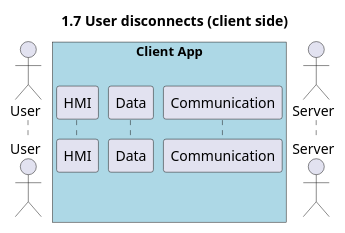
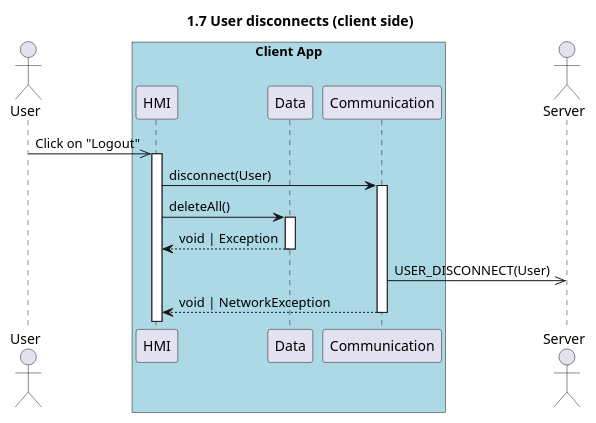
One commit to UTCAI12/Diagrams changed the diagram in sequence/1.7.user_disconnect_client.puml. Above: the diagram before and after it, drawn with PlantUML. The commit also changed 2 other files, not shown here.

```diff
--- a/sequence/1.7.user_disconnect_client.puml
+++ b/sequence/1.7.user_disconnect_client.puml
@@ -1,12 +1,19 @@
 @startuml 1.7 User disconnects (client side)
 title 1.7 User disconnects (client side)
 
 actor "User" as user
 box "Client App" #LightBlue
     participant "HMI" as hmi
     participant "Data" as data
     participant "Communication" as com
 end box
 actor "Server" as server
 
+user ->> hmi++: Click on "Logout"
+hmi -> com++: disconnect(User)
+hmi->data++: deleteAll()
+return void | Exception
+com ->> server: USER_DISCONNECT(User)
+return void | NetworkException
+
 @enduml
```
